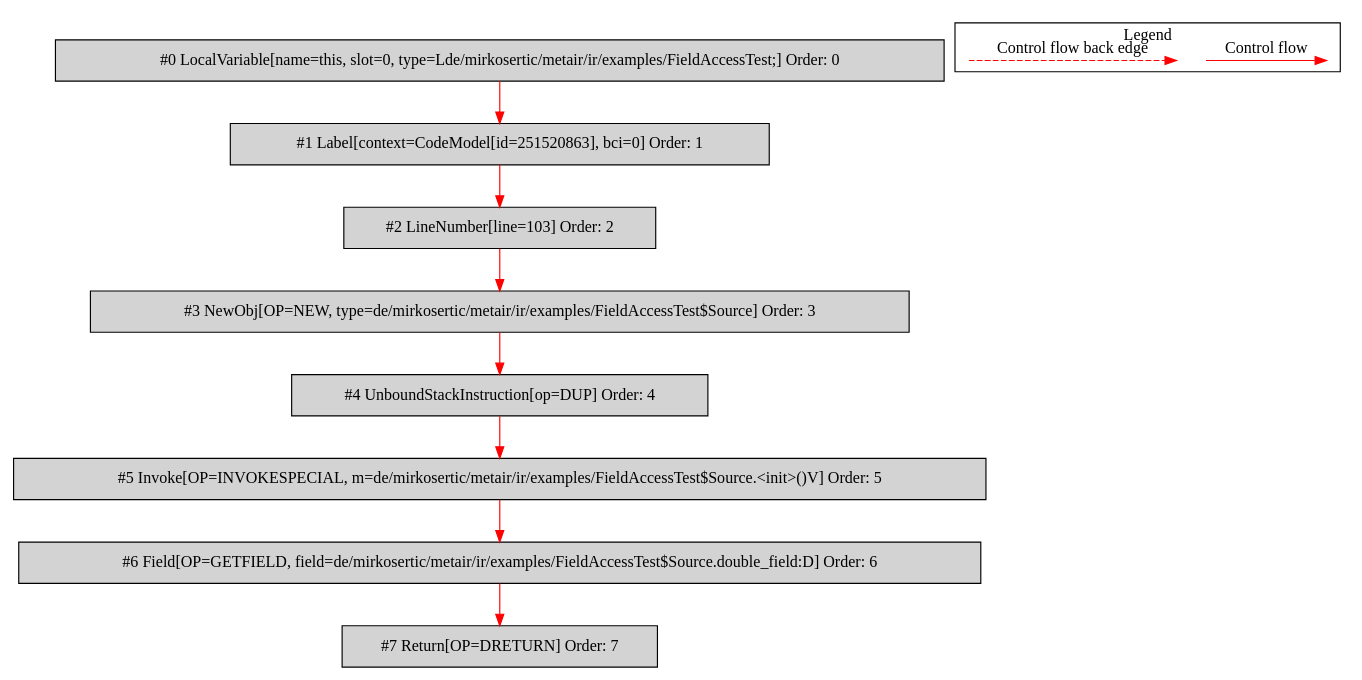
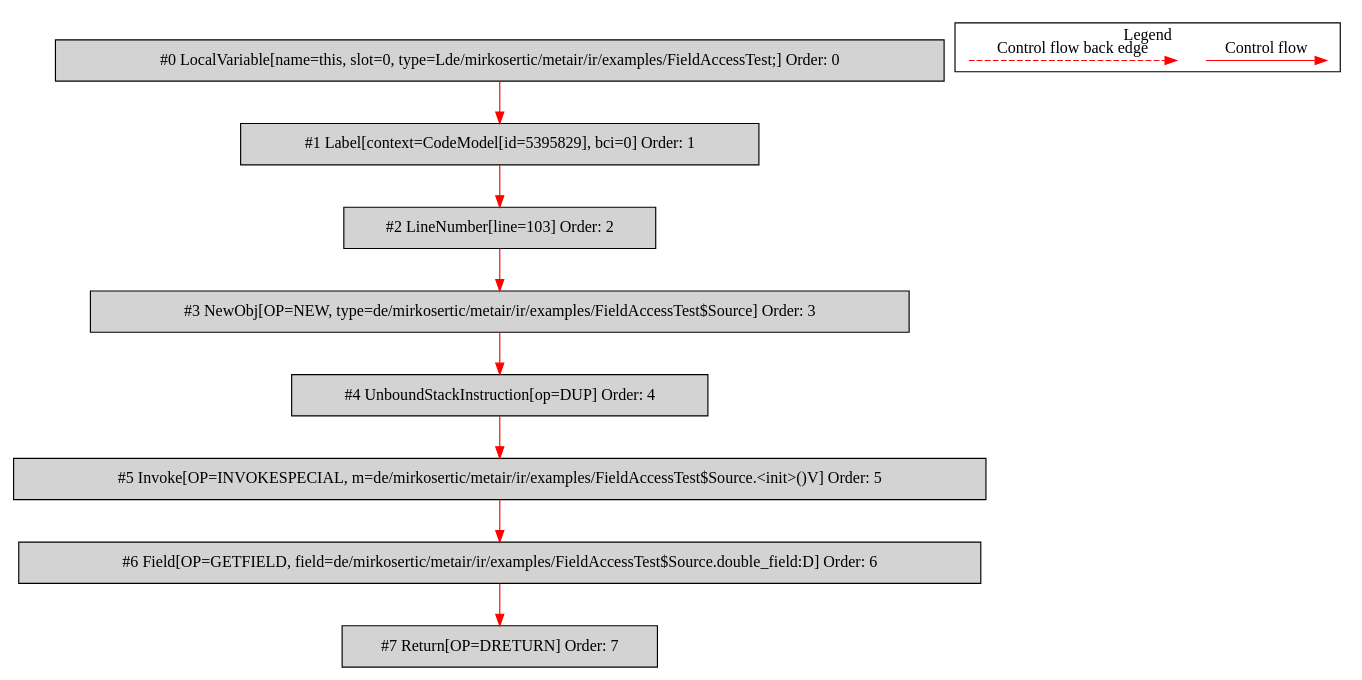
Before and after one commit to mirkosertic/MetaIR: the diagram in de.mirkosertic.metair.ir.examples.FieldAccessTest/return_double/bytecodecfg.dot, drawn with Graphviz. The commit also changed 1321 other files, not shown here.

```diff
--- a/de.mirkosertic.metair.ir.examples.FieldAccessTest/return_double/bytecodecfg.dot
+++ b/de.mirkosertic.metair.ir.examples.FieldAccessTest/return_double/bytecodecfg.dot
@@ -1,32 +1,32 @@
 digraph {
  ordering="in";
  node0[label="#0 LocalVariable[name=this, slot=0, type=Lde/mirkosertic/metair/ir/examples/FieldAccessTest;] Order: 0", shape=box, fillcolor=lightgrey, style=filled];
- node1[label="#1 Label[context=CodeModel[id=251520863], bci=0] Order: 1", shape=box, fillcolor=lightgrey, style=filled];
+ node1[label="#1 Label[context=CodeModel[id=5395829], bci=0] Order: 1", shape=box, fillcolor=lightgrey, style=filled];
  node2[label="#2 LineNumber[line=103] Order: 2", shape=box, fillcolor=lightgrey, style=filled];
  node3[label="#3 NewObj[OP=NEW, type=de/mirkosertic/metair/ir/examples/FieldAccessTest$Source] Order: 3", shape=box, fillcolor=lightgrey, style=filled];
  node4[label="#4 UnboundStackInstruction[op=DUP] Order: 4", shape=box, fillcolor=lightgrey, style=filled];
  node5[label="#5 Invoke[OP=INVOKESPECIAL, m=de/mirkosertic/metair/ir/examples/FieldAccessTest$Source.<init>()V] Order: 5", shape=box, fillcolor=lightgrey, style=filled];
  node6[label="#6 Field[OP=GETFIELD, field=de/mirkosertic/metair/ir/examples/FieldAccessTest$Source.double_field:D] Order: 6", shape=box, fillcolor=lightgrey, style=filled];
  node7[label="#7 Return[OP=DRETURN] Order: 7", shape=box, fillcolor=lightgrey, style=filled];
  node0 -> node1[color=red];
  node1 -> node2[color=red];
  node2 -> node3[color=red];
  node3 -> node4[color=red];
  node4 -> node5[color=red];
  node5 -> node6[color=red];
  node6 -> node7[color=red];
  subgraph cluster_000 {
   label = "Legend";
   node [shape=point]
   {
    rank=same;
    c0 [style = invis];
    c1 [style = invis];
    c2 [style = invis];
    c3 [style = invis];
   }
   c0 -> c1 [label="Control flow", style=solid, color=red]
   c2 -> c3 [label="Control flow back edge", style=dashed, color=red]
  }
 
 }
```
